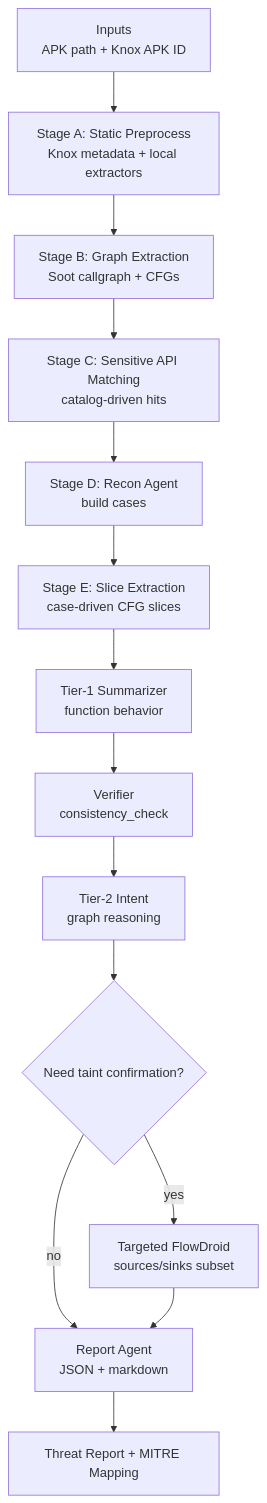
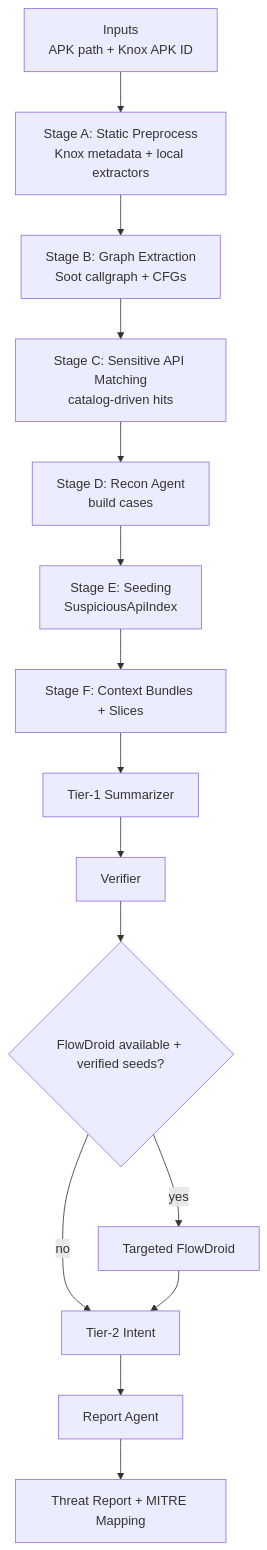
Before and after one commit to yxl74/aagv3: the first of 2 diagrams in README.md, drawn with Mermaid. The commit also changed other lines of this file, not shown here.

````diff
--- a/README.md
+++ b/README.md
@@ -26,16 +32,17 @@
 ```mermaid
 flowchart TD
   A[Inputs<br/>APK path + Knox APK ID] --> B[Stage A: Static Preprocess<br/>Knox metadata + local extractors]
   B --> C[Stage B: Graph Extraction<br/>Soot callgraph + CFGs]
   C --> D[Stage C: Sensitive API Matching<br/>catalog-driven hits]
   D --> E[Stage D: Recon Agent<br/>build cases]
-  E --> F[Stage E: Slice Extraction<br/>case-driven CFG slices]
-  F --> G[Tier-1 Summarizer<br/>function behavior]
-  G --> H[Verifier<br/>consistency_check]
-  H --> I[Tier-2 Intent<br/>graph reasoning]
-  I --> J{Need taint confirmation?}
-  J -- yes --> K[Targeted FlowDroid<br/>sources/sinks subset]
-  J -- no --> L[Report Agent<br/>JSON + markdown]
+  E --> F[Stage E: Seeding<br/>SuspiciousApiIndex]
+  F --> G[Stage F: Context Bundles + Slices]
+  G --> H[Tier-1 Summarizer]
+  H --> I[Verifier]
+  I --> J{FlowDroid available + verified seeds?}
+  J -- yes --> K[Targeted FlowDroid]
+  J -- no --> L[Tier-2 Intent]
   K --> L
-  L --> M[Threat Report + MITRE Mapping]
+  L --> M[Report Agent]
+  M --> N[Threat Report + MITRE Mapping]
 ```
````
